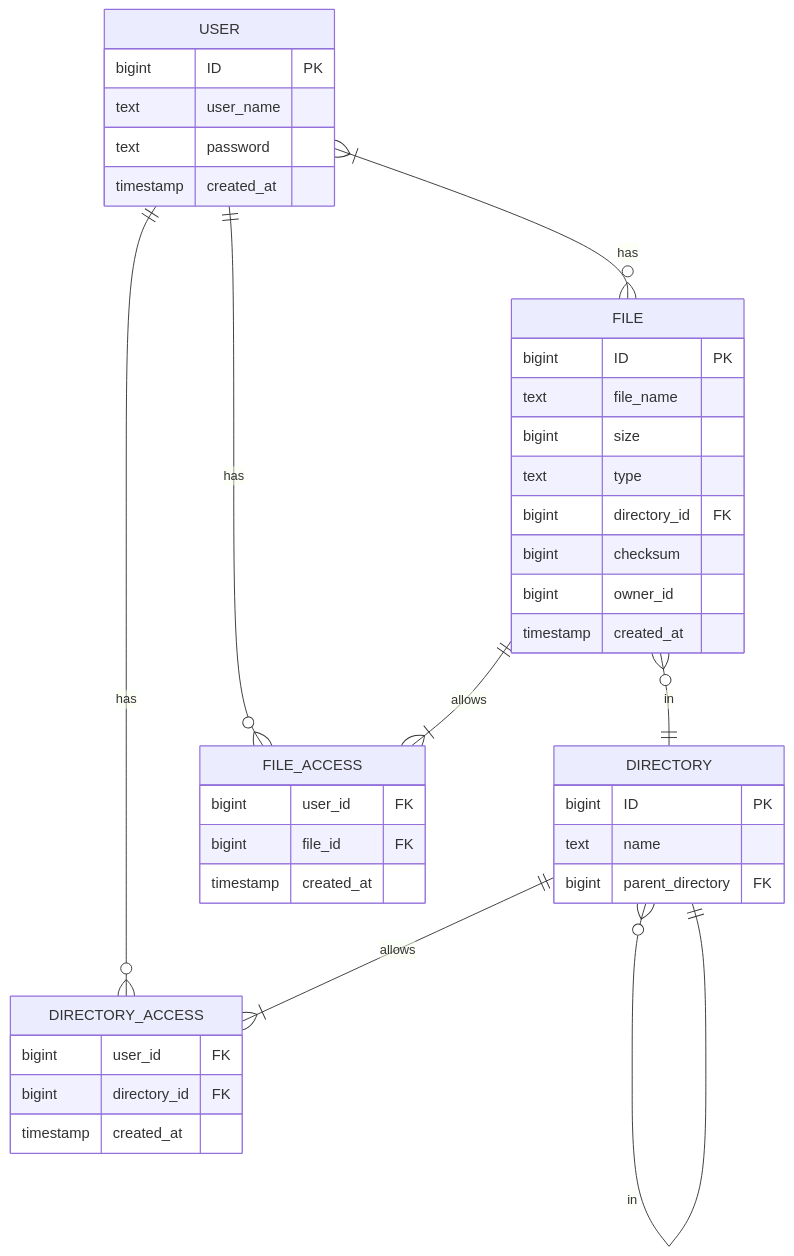
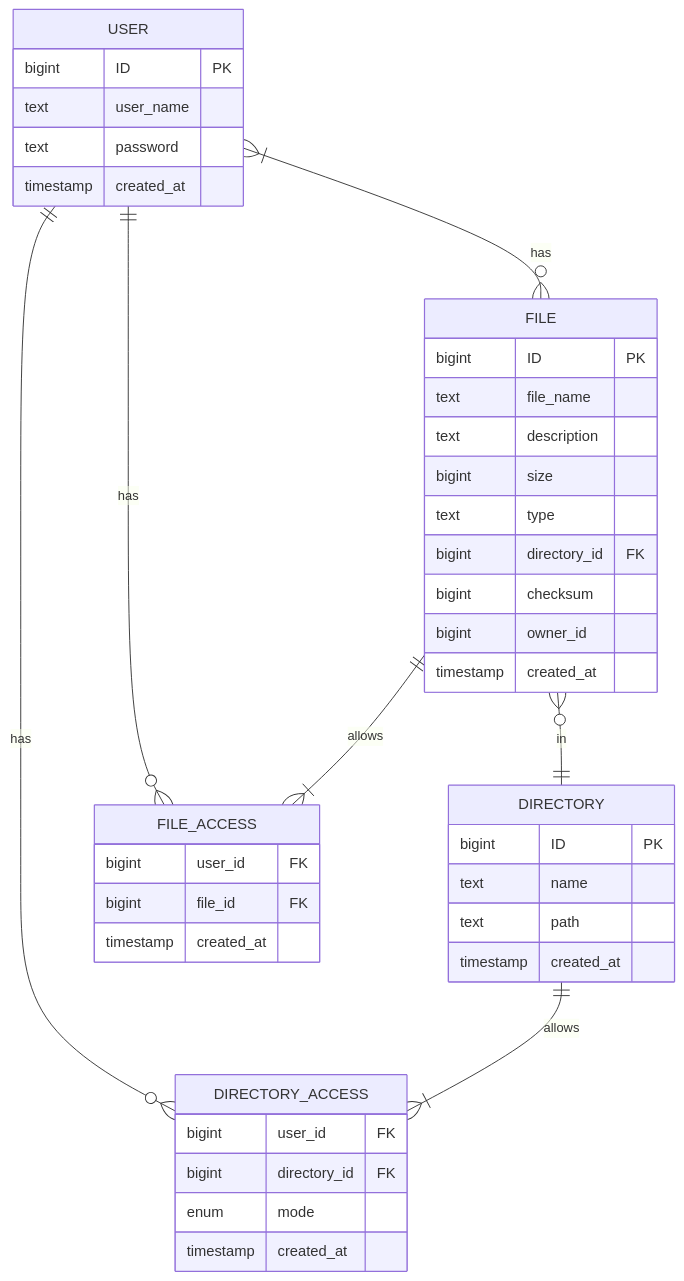
One commit to SlashLight/highload-cloud changed the second of 2 diagrams in README.md. Above: the diagram before and after it, drawn with Mermaid. The commit also changed other lines of this file, not shown here.

````diff
--- a/README.md
+++ b/README.md
@@ -39,46 +41,48 @@
 ```mermaid
 erDiagram
 USER{
     bigint ID PK
     text user_name
     text password
     timestamp created_at 
 }
 
 FILE{
     bigint ID PK
-    text file_name 
+    text file_name
+    text description
     bigint size
     text type
     bigint directory_id FK
     bigint checksum
     bigint owner_id
     timestamp created_at  
 }
 
 DIRECTORY{
     bigint ID PK
     text name
-    bigint parent_directory FK
+    text path
+    timestamp created_at  
 }
 
 FILE_ACCESS {
     bigint user_id FK
     bigint file_id FK
     timestamp created_at
 }
 
 DIRECTORY_ACCESS {
     bigint user_id FK
     bigint directory_id FK
+    enum mode 
     timestamp created_at
 }
 
 USER }|--o{ FILE : has
 USER ||--o{ FILE_ACCESS : has
 FILE ||--|{ FILE_ACCESS : allows
 FILE }o--|| DIRECTORY : in
-DIRECTORY }o--|| DIRECTORY : in
 USER ||--o{ DIRECTORY_ACCESS : has
 DIRECTORY ||--|{ DIRECTORY_ACCESS : allows
 ```
````
